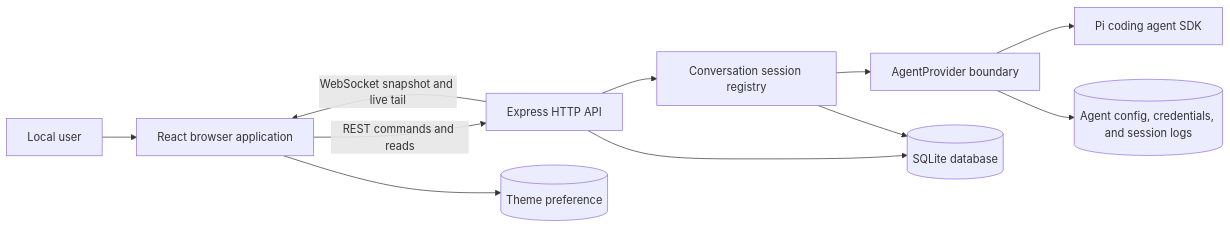
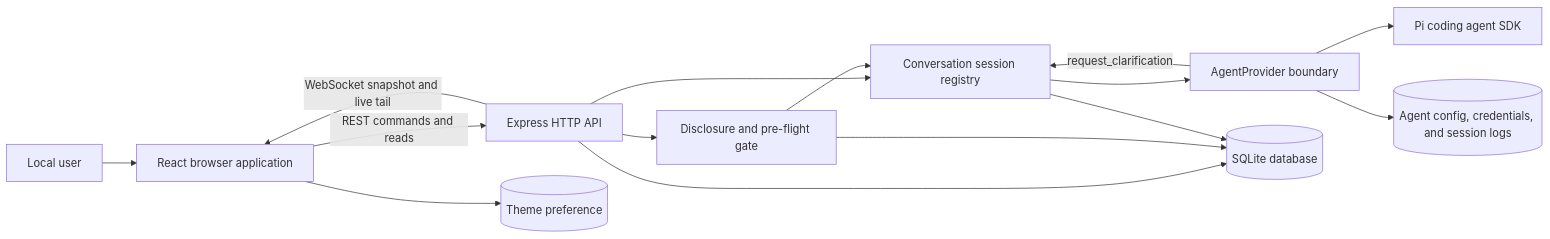
One commit to abranjith/auto-mate changed the first of 5 diagrams in docs/architecture.md. Above: the diagram before and after it, drawn with Mermaid. The commit also changed other lines of this file and 164 other files, not shown here.

````diff
--- a/docs/architecture.md
+++ b/docs/architecture.md
@@ -13,13 +13,17 @@
 ```mermaid
 flowchart LR
   User[Local user] --> Browser[React browser application]
   Browser -->|REST commands and reads| Api[Express HTTP API]
   Api -->|WebSocket snapshot and live tail| Browser
+  Api --> Gate[Disclosure and pre-flight gate]
   Api --> Sessions[Conversation session registry]
+  Gate --> Sessions
   Sessions --> Provider[AgentProvider boundary]
   Provider --> Pi[Pi coding agent SDK]
+  Provider -->|request_clarification| Sessions
   Api --> Db[(SQLite database)]
+  Gate --> Db
   Sessions --> Db
   Provider --> Files[(Agent config, credentials, and session logs)]
   Browser --> LocalStorage[(Theme preference)]
 ```
````
